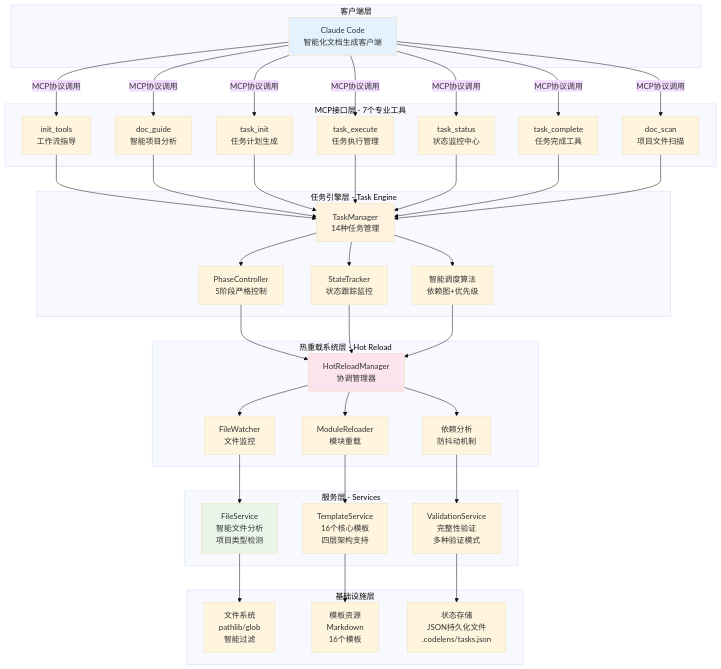
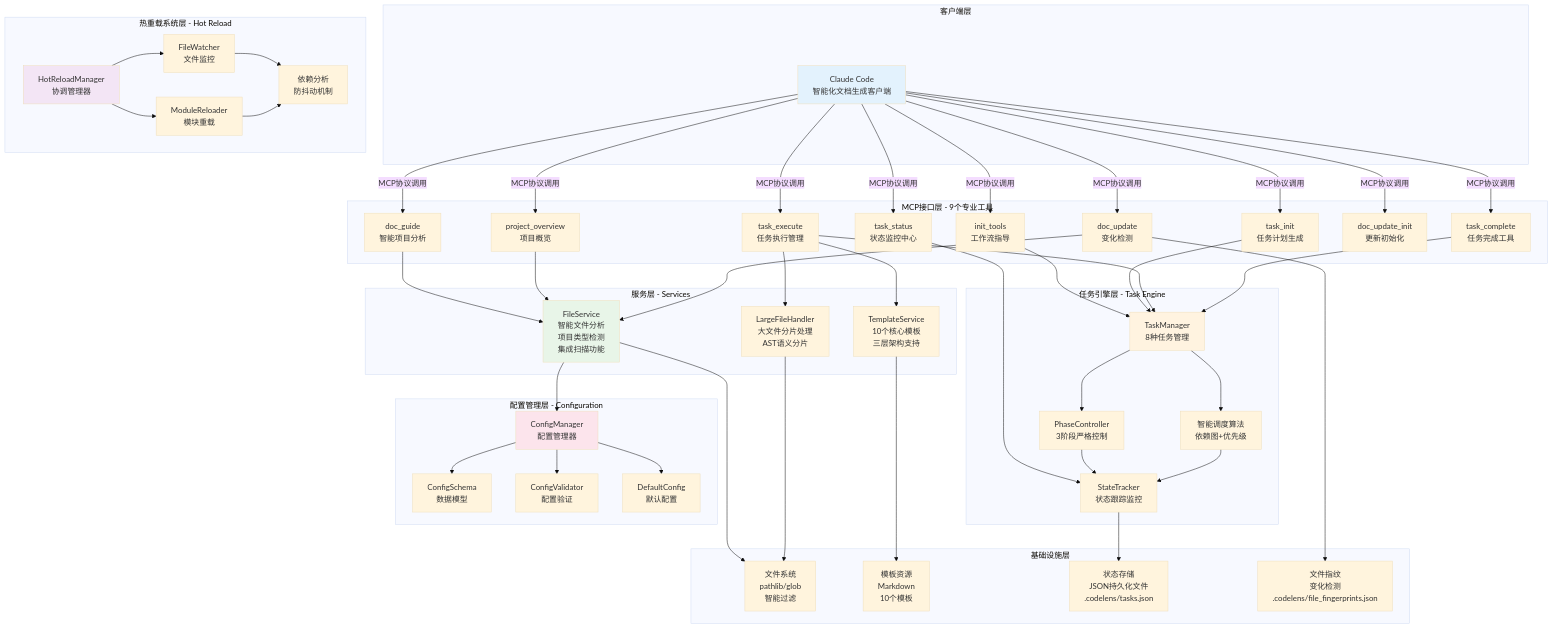
The diagram in docs/architecture/diagrams/system-architecture.md (MGX-LJY/CodeLens), drawn with Mermaid (base theme) before and after one commit. The commit also changed other lines of this file and 36 other files, not shown here.

````diff
--- a/docs/architecture/diagrams/system-architecture.md
+++ b/docs/architecture/diagrams/system-architecture.md
@@ -9,19 +8,21 @@
         CC[Claude Code<br/>智能化文档生成客户端]
     end
     
-    subgraph "MCP接口层 - 7个专业工具"
+    subgraph "MCP接口层 - 9个专业工具"
         IT[init_tools<br/>工作流指导]
         DG[doc_guide<br/>智能项目分析]
         TI[task_init<br/>任务计划生成]
         TE[task_execute<br/>任务执行管理]
         TS[task_status<br/>状态监控中心]
         TC[task_complete<br/>任务完成工具]
-        DS[doc_scan<br/>项目文件扫描]
+        PO[project_overview<br/>项目概览]
+        DUI[doc_update_init<br/>更新初始化]
+        DU[doc_update<br/>变化检测]
     end
     
     subgraph "任务引擎层 - Task Engine"
-        TM[TaskManager<br/>14种任务管理]
-        PC[PhaseController<br/>5阶段严格控制]
+        TM[TaskManager<br/>8种任务管理]
+        PC[PhaseController<br/>3阶段严格控制]
         ST[StateTracker<br/>状态跟踪监控]
         SA[智能调度算法<br/>依赖图+优先级]
     end
@@ -33,16 +34,24 @@
         DA[依赖分析<br/>防抖动机制]
     end
     
+    subgraph "配置管理层 - Configuration"
+        CM[ConfigManager<br/>配置管理器]
+        CS[ConfigSchema<br/>数据模型]
+        CV[ConfigValidator<br/>配置验证]
+        DC[DefaultConfig<br/>默认配置]
+    end
+    
     subgraph "服务层 - Services"
-        FS[FileService<br/>智能文件分析<br/>项目类型检测]
-        TmS[TemplateService<br/>16个核心模板<br/>四层架构支持]
-        VS[ValidationService<br/>完整性验证<br/>多种验证模式]
+        FS[FileService<br/>智能文件分析<br/>项目类型检测<br/>集成扫描功能]
+        TmS[TemplateService<br/>10个核心模板<br/>三层架构支持]
+        LFH[LargeFileHandler<br/>大文件分片处理<br/>AST语义分片]
     end
     
     subgraph "基础设施层"
         FileSys[文件系统<br/>pathlib/glob<br/>智能过滤]
-        Templates[模板资源<br/>Markdown<br/>16个模板]
+        Templates[模板资源<br/>Markdown<br/>10个模板]
         Storage[状态存储<br/>JSON持久化文件<br/>.codelens/tasks.json]
+        FileDB[文件指纹<br/>变化检测<br/>.codelens/file_fingerprints.json]
     end
     
     CC -->|MCP协议调用| IT
@@ -51,38 +60,46 @@
     CC -->|MCP协议调用| TE
     CC -->|MCP协议调用| TS
     CC -->|MCP协议调用| TC
-    CC -->|MCP协议调用| DS
+    CC -->|MCP协议调用| PO
+    CC -->|MCP协议调用| DUI
+    CC -->|MCP协议调用| DU
     
     IT --> TM
-    DG --> TM
+    DG --> FS
     TI --> TM
     TE --> TM
-    TS --> TM
+    TE --> TmS
+    TE --> LFH
+    TS --> ST
     TC --> TM
-    DS --> TM
+    PO --> FS
+    DU --> FS
     
     TM --> PC
-    TM --> ST
     TM --> SA
+    PC --> ST
+    SA --> ST
     
-    PC --> HRM
-    ST --> HRM
-    SA --> HRM
+    FS --> CM
+    FS --> FileSys
+    TmS --> Templates
+    LFH --> FileSys
+    
+    ST --> Storage
+    DU --> FileDB
     
     HRM --> FW
     HRM --> MR
-    HRM --> DA
+    FW --> DA
+    MR --> DA
     
-    FW --> FS
-    MR --> TmS
-    DA --> VS
-    
-    FS --> FileSys
-    TmS --> Templates
-    VS --> Storage
+    CM --> CS
+    CM --> CV
+    CM --> DC
     
     style CC fill:#e3f2fd
     style TM fill:#fff3e0
-    style HRM fill:#fce4ec
     style FS fill:#e8f5e8
+    style HRM fill:#f3e5f5
+    style CM fill:#fce4ec
 ```
````
